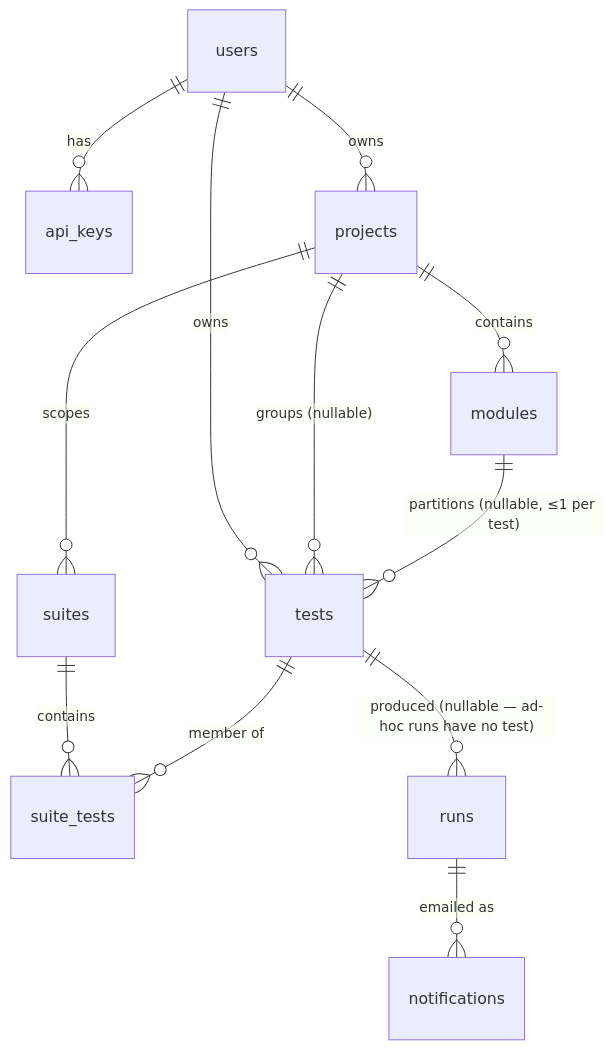
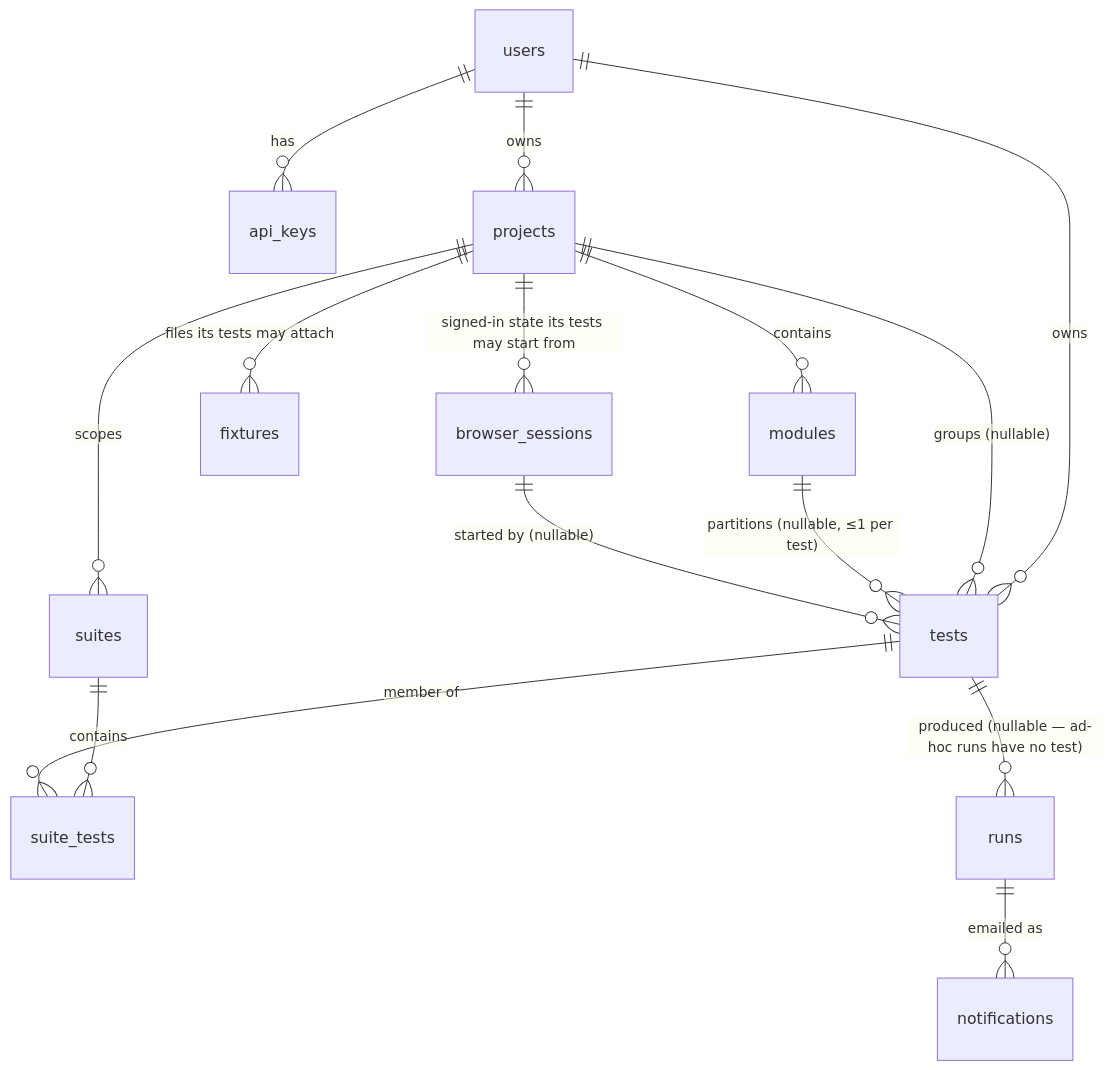
One commit to rszhd/qassist changed the diagram in db/README.md. Above: the diagram before and after it, drawn with Mermaid. The commit also changed other lines of this file and 32 other files, not shown here.

````diff
--- a/db/README.md
+++ b/db/README.md
@@ -23,14 +32,17 @@
 ```mermaid
 erDiagram
   users    ||--o{ api_keys : has
   users    ||--o{ tests : owns
   users    ||--o{ projects : owns
   projects ||--o{ modules : contains
   projects ||--o{ suites : scopes
   projects ||--o{ tests : "groups (nullable)"
   modules  ||--o{ tests : "partitions (nullable, ≤1 per test)"
   suites   ||--o{ suite_tests : contains
   tests    ||--o{ suite_tests : "member of"
   tests    ||--o{ runs : "produced (nullable — ad-hoc runs have no test)"
   runs     ||--o{ notifications : "emailed as"
+  projects ||--o{ fixtures : "files its tests may attach"
+  projects ||--o{ browser_sessions : "signed-in state its tests may start from"
+  browser_sessions ||--o{ tests : "started by (nullable)"
 ```
````
